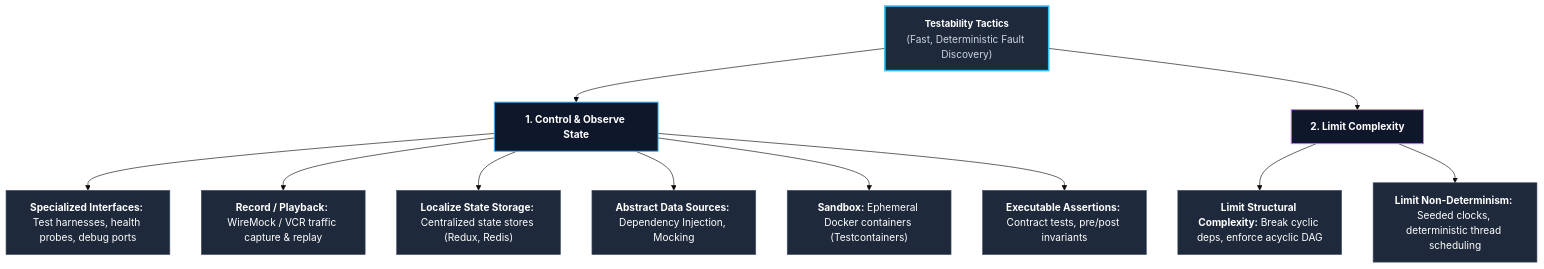
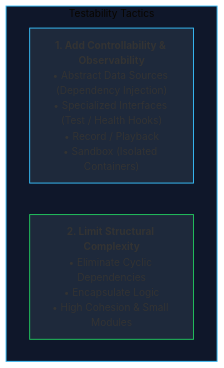
The second of 4 diagrams in Software Architectures/Lecture 3/Lecture_03_Notes.md (shreyash2601/bits-notes), drawn with Mermaid (base theme) before and after one commit. The commit also changed other lines of this file and 31 other files, not shown here.

````diff
--- a/Software Architectures/Lecture 3/Lecture_03_Notes.md
+++ b/Software Architectures/Lecture 3/Lecture_03_Notes.md
@@ -262,29 +117,10 @@
 ```mermaid
-graph TD
-    TT["<b style='color:#ffffff; font-size:15px;'>Testability Tactics</b><br/><span style='color:#cbd5e1;'>(Fast, Deterministic Fault Discovery)</span>"]
-
-    TT --> CO["<b style='color:#ffffff;'>1. Control & Observe State</b>"]
-    TT --> LC["<b style='color:#ffffff;'>2. Limit Complexity</b>"]
-
-    CO --> SI["<b>Specialized Interfaces:</b> Test harnesses, health probes, debug ports"]
-    CO --> RP["<b>Record / Playback:</b> WireMock / VCR traffic capture & replay"]
-    CO --> LSS["<b>Localize State Storage:</b> Centralized state stores (Redux, Redis)"]
-    CO --> ADS["<b>Abstract Data Sources:</b> Dependency Injection, Mocking"]
-    CO --> SB["<b>Sandbox:</b> Ephemeral Docker containers (Testcontainers)"]
-    CO --> EA["<b>Executable Assertions:</b> Contract tests, pre/post invariants"]
-
-    LC --> LSC["<b>Limit Structural Complexity:</b> Break cyclic deps, enforce acyclic DAG"]
-    LC --> LND["<b>Limit Non-Determinism:</b> Seeded clocks, deterministic thread scheduling"]
-
-    style TT fill:#1e293b,stroke:#38bdf8,stroke-width:2.5px,color:#ffffff
-    style CO fill:#0f172a,stroke:#38bdf8,stroke-width:1.5px,color:#ffffff
-    style LC fill:#0f172a,stroke:#c084fc,stroke-width:1.5px,color:#ffffff
-    style SI fill:#1e293b,stroke:#475569,stroke-width:1px,color:#ffffff
-    style RP fill:#1e293b,stroke:#475569,stroke-width:1px,color:#ffffff
-    style LSS fill:#1e293b,stroke:#475569,stroke-width:1px,color:#ffffff
-    style ADS fill:#1e293b,stroke:#475569,stroke-width:1px,color:#ffffff
-    style SB fill:#1e293b,stroke:#475569,stroke-width:1px,color:#ffffff
-    style EA fill:#1e293b,stroke:#475569,stroke-width:1px,color:#ffffff
-    style LSC fill:#1e293b,stroke:#475569,stroke-width:1px,color:#ffffff
-    style LND fill:#1e293b,stroke:#475569,stroke-width:1px,color:#ffffff
+flowchart TD
+    subgraph TEST ["Testability Tactics"]
+        CO["<b>1. Add Controllability & Observability</b><br/>• Abstract Data Sources (Dependency Injection)<br/>• Specialized Interfaces (Test / Health Hooks)<br/>• Record / Playback<br/>• Sandbox (Isolated Containers)"]
+        SIMP["<b>2. Limit Structural Complexity</b><br/>• Eliminate Cyclic Dependencies<br/>• Encapsulate Logic<br/>• High Cohesion & Small Modules"]
+    end
+    style TEST fill:#0f172a,stroke:#38bdf8,stroke-width:1.5px
+    style CO fill:#1e293b,stroke:#38bdf8,stroke-width:1.5px
+    style SIMP fill:#1e293b,stroke:#22c55e,stroke-width:1.5px
 ```
````
